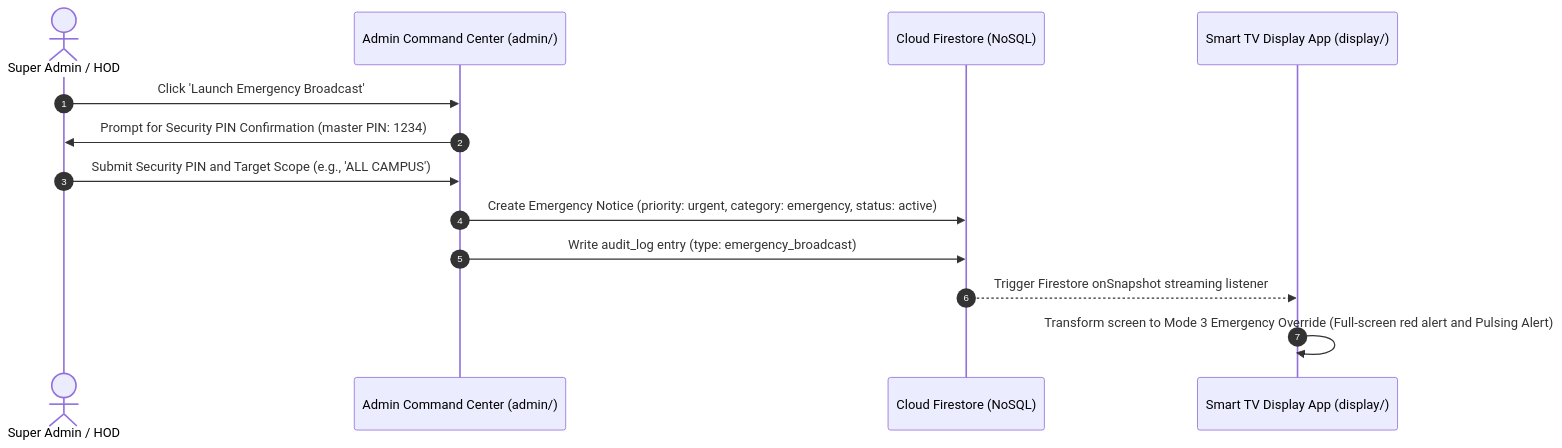
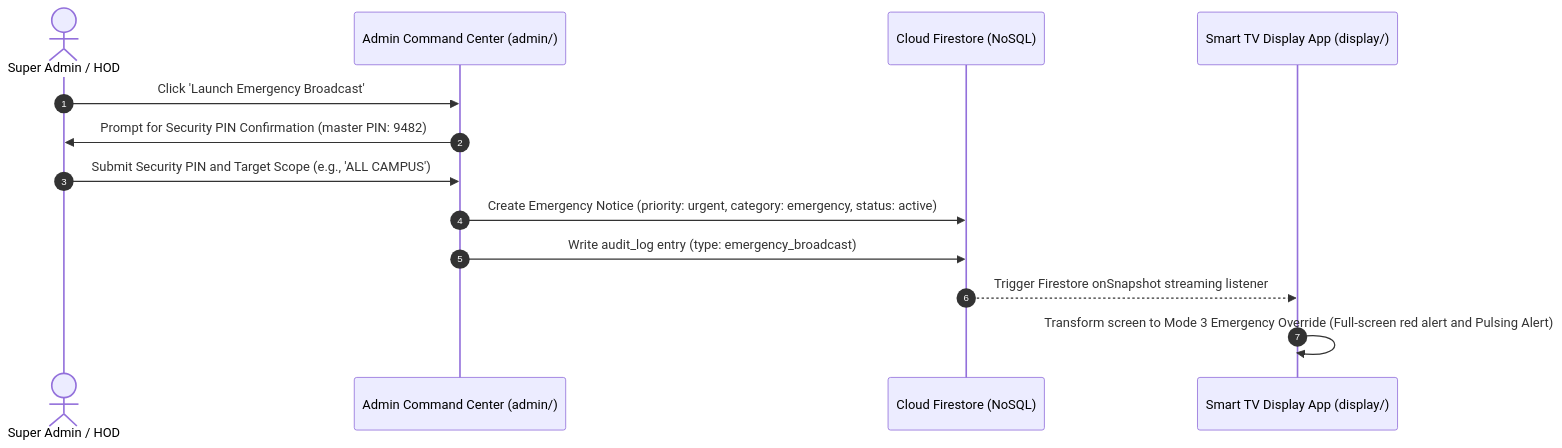
The second of 4 diagrams in Docs/SYSTEM_ARCHITECTURE_GUIDE.md (yash-ghodele/CampusCast), drawn with Mermaid before and after one commit. The commit also changed other lines of this file and 10 other files, not shown here.

````diff
--- a/Docs/SYSTEM_ARCHITECTURE_GUIDE.md
+++ b/Docs/SYSTEM_ARCHITECTURE_GUIDE.md
@@ -64,16 +64,16 @@
 ```mermaid
 sequenceDiagram
     autonumber
     actor AdminUser as Super Admin / HOD
     participant CommandApp as Admin Command Center (admin/)
     participant DB as Cloud Firestore (NoSQL)
     participant Display as Smart TV Display App (display/)
 
     AdminUser->>CommandApp: Click 'Launch Emergency Broadcast'
-    CommandApp->>AdminUser: Prompt for Security PIN Confirmation (master PIN: 1234)
+    CommandApp->>AdminUser: Prompt for Security PIN Confirmation (master PIN: 9482)
     AdminUser->>CommandApp: Submit Security PIN and Target Scope (e.g., 'ALL CAMPUS')
     CommandApp->>DB: Create Emergency Notice (priority: urgent, category: emergency, status: active)
     CommandApp->>DB: Write audit_log entry (type: emergency_broadcast)
     DB-->>Display: Trigger Firestore onSnapshot streaming listener
     Display->>Display: Transform screen to Mode 3 Emergency Override (Full-screen red alert and Pulsing Alert)
 ```
````
